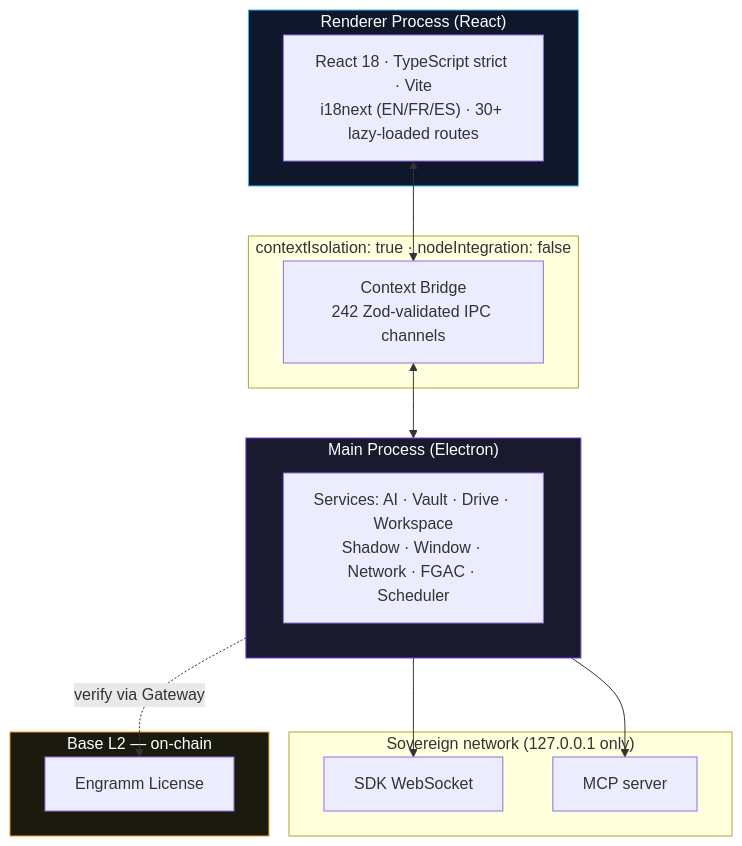
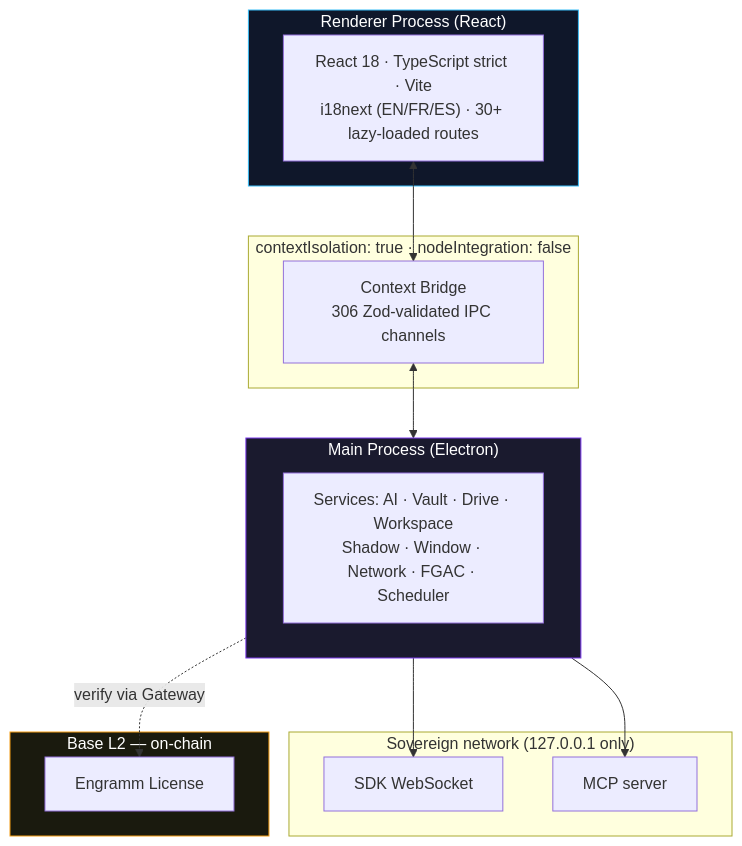
Before and after one commit to Mnemosyne-OS/Mnemosyne-Neural-OS: the second of 3 diagrams in README.md, drawn with Mermaid. The commit also changed other lines of this file, not shown here.

First line of the commit message:
docs(readme): pre-announcement coherence pass — 306 channels, evergreen install link

````diff
--- a/README.md
+++ b/README.md
@@ -344,33 +344,33 @@
 ```mermaid
 flowchart TB
     subgraph Renderer["Renderer Process (React)"]
         UI["React 18 · TypeScript strict · Vite<br/>i18next (EN/FR/ES) · 30+ lazy-loaded routes"]
     end
 
     subgraph Bridge["contextIsolation: true · nodeIntegration: false"]
-        CB["Context Bridge<br/>242 Zod-validated IPC channels"]
+        CB["Context Bridge<br/>306 Zod-validated IPC channels"]
     end
 
     subgraph Main["Main Process (Electron)"]
         SVC["Services: AI · Vault · Drive · Workspace<br/>Shadow · Window · Network · FGAC · Scheduler"]
     end
 
     subgraph Net["Sovereign network (127.0.0.1 only)"]
         SDKWS["SDK WebSocket"]
         MCP["MCP server"]
     end
 
     subgraph Chain["Base L2 — on-chain"]
         ENGRAMM["Engramm License"]
     end
 
     UI <--> CB
     CB <--> Main
     Main --> SDKWS
     Main --> MCP
     Main -. verify via Gateway .-> ENGRAMM
 
     style Main fill:#1a1a2e,stroke:#7c3aed,color:#fff
     style Renderer fill:#0f172a,stroke:#38bdf8,color:#fff
     style Chain fill:#1a1a0e,stroke:#f39c12,color:#fff
 ```
````
